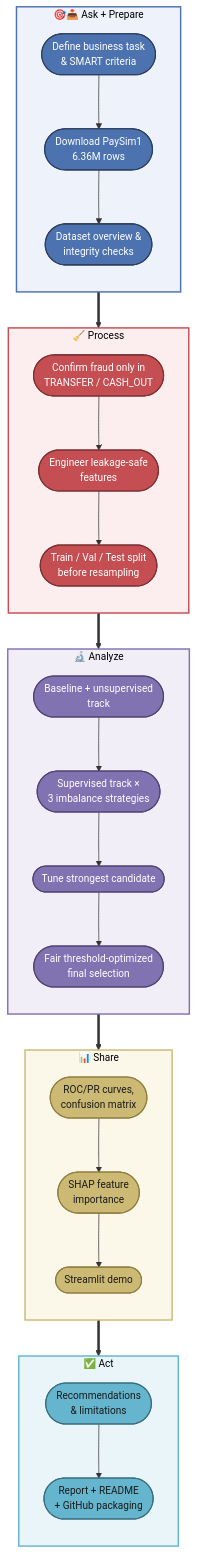
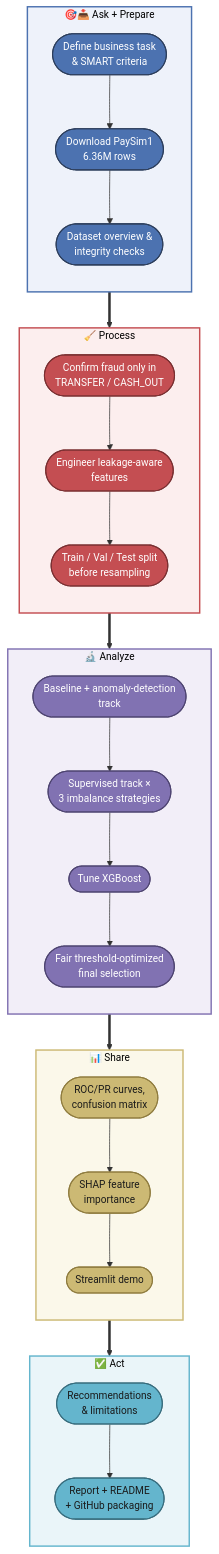
One commit to Sudharshan205-Proj/fraud-detection-system changed the second of 8 diagrams in Fraud_Detection_Report.md. Above: the diagram before and after it, drawn with Mermaid. The commit also changed other lines of this file and 14 other files, not shown here.

````diff
--- a/Fraud_Detection_Report.md
+++ b/Fraud_Detection_Report.md
@@ -123,55 +125,55 @@
 ```mermaid
 %%{init: {"flowchart": {"curve": "basis"}, "themeVariables": {"fontSize": "14px"}}}%%
 flowchart TD
     subgraph P1["🎯📥 Ask + Prepare"]
         direction TB
         A1(["Define business task<br/>& SMART criteria"]) --> A2(["Download PaySim1<br/>6.36M rows"])
         A2 --> A3(["Dataset overview &<br/>integrity checks"])
     end
 
     subgraph P2["🧹 Process"]
         direction TB
-        B1(["Confirm fraud only in<br/>TRANSFER / CASH_OUT"]) --> B2(["Engineer leakage-safe<br/>features"])
+        B1(["Confirm fraud only in<br/>TRANSFER / CASH_OUT"]) --> B2(["Engineer leakage-aware<br/>features"])
         B2 --> B3(["Train / Val / Test split<br/>before resampling"])
     end
 
     subgraph P3["🔬 Analyze"]
         direction TB
-        C1(["Baseline + unsupervised<br/>track"]) --> C2(["Supervised track ×<br/>3 imbalance strategies"])
-        C2 --> C3(["Tune strongest candidate"]) --> C4(["Fair threshold-optimized<br/>final selection"])
+        C1(["Baseline + anomaly-detection<br/>track"]) --> C2(["Supervised track ×<br/>3 imbalance strategies"])
+        C2 --> C3(["Tune XGBoost"]) --> C4(["Fair threshold-optimized<br/>final selection"])
     end
 
     subgraph P4["📊 Share"]
         direction TB
         D1(["ROC/PR curves,<br/>confusion matrix"]) --> D2(["SHAP feature<br/>importance"])
         D2 --> D3(["Streamlit demo"])
     end
 
     subgraph P5["✅ Act"]
         direction TB
         E1(["Recommendations<br/>& limitations"]) --> E2(["Report + README<br/>+ GitHub packaging"])
     end
 
     P1 ==> P2
     P2 ==> P3
     P3 ==> P4
     P4 ==> P5
 
     classDef askprepare fill:#4C72B0,color:#ffffff,stroke:#2c3e5c,stroke-width:1.5px,rx:8,ry:8
     classDef process    fill:#C44E52,color:#ffffff,stroke:#7a2f31,stroke-width:1.5px,rx:8,ry:8
     classDef analyze    fill:#8172B2,color:#ffffff,stroke:#4d4370,stroke-width:1.5px,rx:8,ry:8
     classDef share      fill:#CCB974,color:#1a1a1a,stroke:#8f7c3f,stroke-width:1.5px,rx:8,ry:8
     classDef act        fill:#64B5CD,color:#1a1a1a,stroke:#376c7d,stroke-width:1.5px,rx:8,ry:8
 
     class A1,A2,A3 askprepare
     class B1,B2,B3 process
     class C1,C2,C3,C4 analyze
     class D1,D2,D3 share
     class E1,E2 act
 
     style P1 fill:#eef2fa,stroke:#4C72B0,stroke-width:2px, color:#000000
     style P2 fill:#fceeee,stroke:#C44E52,stroke-width:2px, color:#000000
     style P3 fill:#f2eef8,stroke:#8172B2,stroke-width:2px, color:#000000
     style P4 fill:#fbf8ea,stroke:#CCB974,stroke-width:2px, color:#000000
     style P5 fill:#eaf5f9,stroke:#64B5CD,stroke-width:2px, color:#000000
 ```
````
